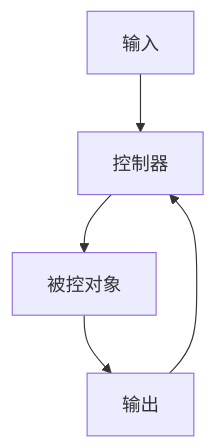
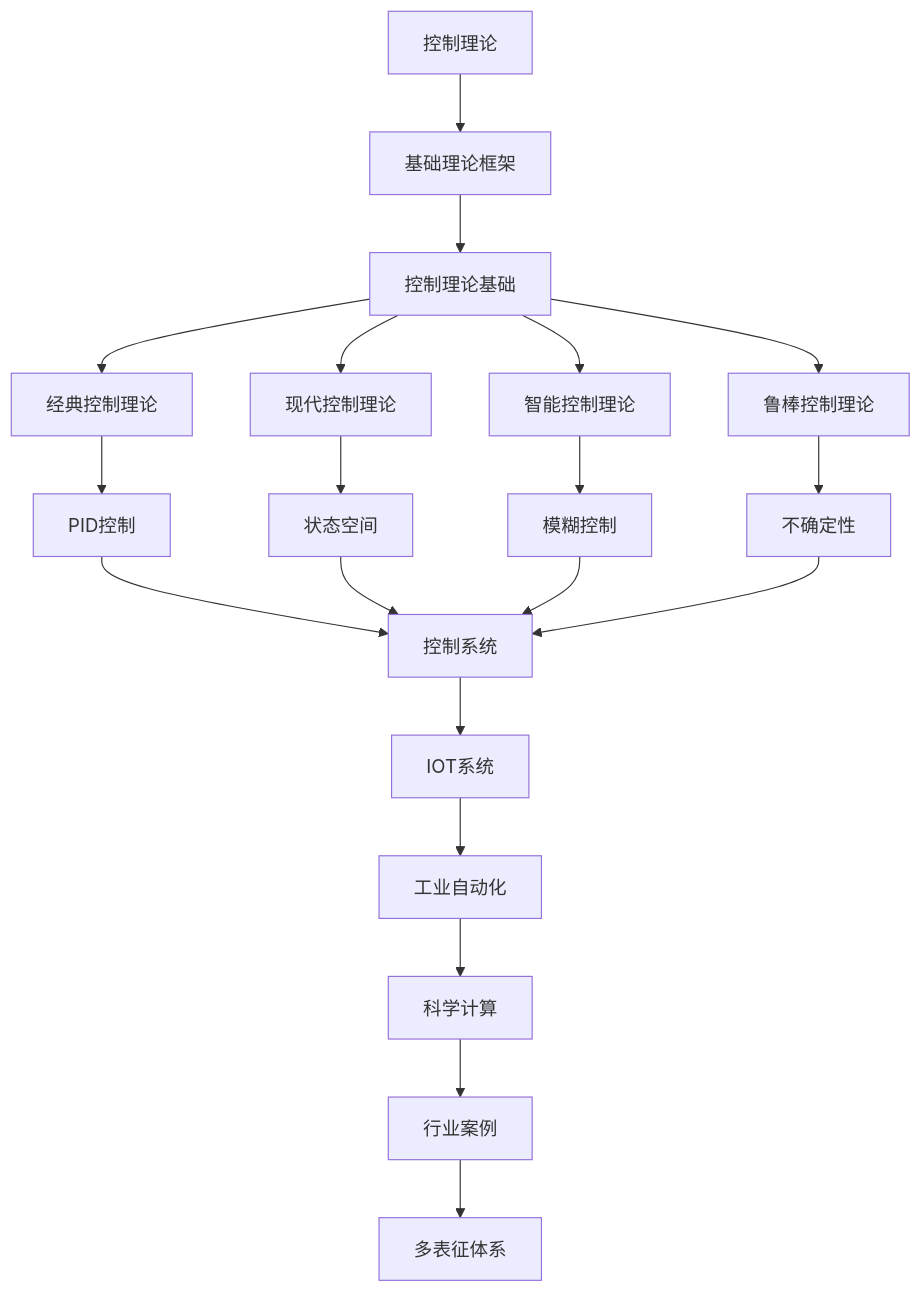
One commit to AdaMartin18010/Data-Science changed the diagram in Analysis/2-形式科学理论/2.6-控制理论/README.md. Above: the diagram before and after it, drawn with Mermaid. The commit also changed other lines of this file and 12 other files, not shown here.

````diff
--- a/Analysis/2-形式科学理论/2.6-控制理论/README.md
+++ b/Analysis/2-形式科学理论/2.6-控制理论/README.md
@@ -20,7 +18,19 @@
 ```mermaid
 flowchart TD
-  I[输入] --> C[控制器]
-  C --> P[被控对象]
-  P --> O[输出]
-  O --> C
+  A[控制理论] --> B[基础理论框架]
+  B --> C[控制理论基础]
+  C --> D[经典控制理论]
+  C --> E[现代控制理论]
+  C --> F[智能控制理论]
+  C --> G[鲁棒控制理论]
+  D --> H[PID控制]
+  E --> I[状态空间]
+  F --> J[模糊控制]
+  G --> K[不确定性]
+  H & I & J & K --> L[控制系统]
+  L --> M[IOT系统]
+  M --> N[工业自动化]
+  N --> O[科学计算]
+  O --> P[行业案例]
+  P --> Q[多表征体系]
 ```
````
